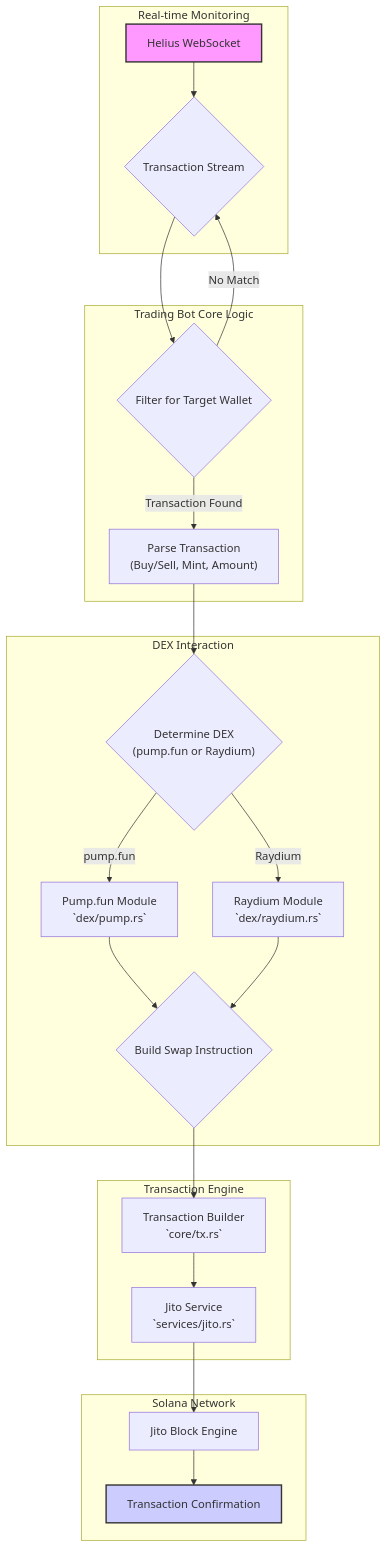
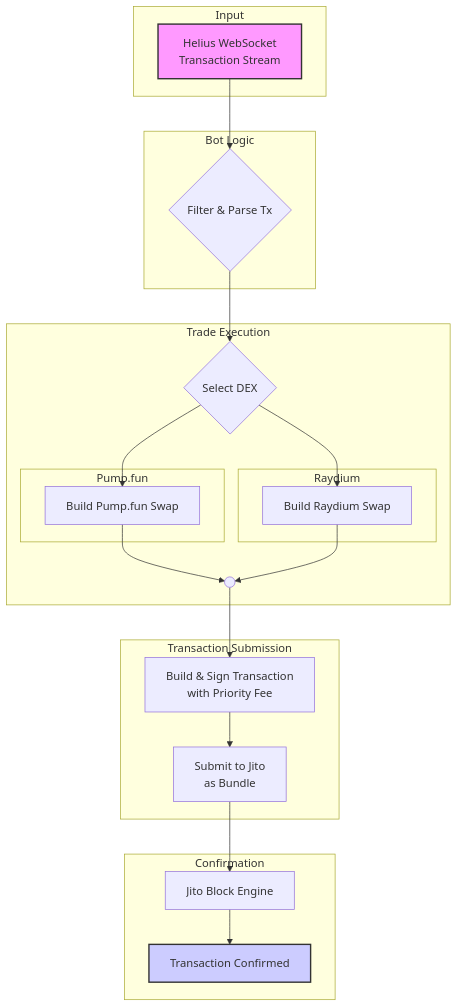
Before and after one commit to koheiDev316/Solana-Copy-Trading-Bot-On-DEX-Pumpfun-and-Raydium: the diagram in README.md, drawn with Mermaid.

Commit message:
update workflow

````diff
--- a/README.md
+++ b/README.md
@@ -32,33 +32,47 @@
 ```mermaid
 graph TD
-    subgraph "Real-time Monitoring"
-        helius_ws["Helius WebSocket"] --> tx_stream{"Transaction Stream"};
+    subgraph "Input"
+        helius_ws["Helius WebSocket<br>Transaction Stream"]
     end
 
-    subgraph "Trading Bot Core Logic"
-        tx_stream --> filter_wallet{"Filter for Target Wallet"};
-        filter_wallet -- "Transaction Found" --> parse_tx["Parse Transaction<br>(Buy/Sell, Mint, Amount)"];
-        filter_wallet -- "No Match" --> tx_stream;
+    subgraph "Bot Logic"
+        filter_wallet{"Filter & Parse Tx"}
+        helius_ws --> filter_wallet
     end
 
-    subgraph "DEX Interaction"
-        parse_tx --> determine_dex{"Determine DEX<br>(pump.fun or Raydium)"};
-        determine_dex -- "pump.fun" --> pump_module["Pump.fun Module<br>`dex/pump.rs`"];
-        determine_dex -- "Raydium" --> raydium_module["Raydium Module<br>`dex/raydium.rs`"];
-        pump_module --> build_instruction{"Build Swap Instruction"};
-        raydium_module --> build_instruction;
+    subgraph "Trade Execution"
+        determine_dex{"Select DEX"}
+        filter_wallet --> determine_dex
+
+        subgraph "Pump.fun"
+            pump_module["Build Pump.fun Swap"]
+        end
+        subgraph "Raydium"
+            raydium_module["Build Raydium Swap"]
+        end
+
+        determine_dex --> pump_module
+        determine_dex --> raydium_module
+
+        join_point(( ))
+        pump_module --> join_point
+        raydium_module --> join_point
     end
 
-    subgraph "Transaction Engine"
-        build_instruction --> tx_builder["Transaction Builder<br>`core/tx.rs`"];
-        tx_builder --> jito_service["Jito Service<br>`services/jito.rs`"];
+    subgraph "Transaction Submission"
+        tx_builder["Build & Sign Transaction<br>with Priority Fee"]
+        join_point --> tx_builder
+        jito_service["Submit to Jito<br>as Bundle"]
+        tx_builder --> jito_service
     end
 
-    subgraph "Solana Network"
-        jito_service --> jito_engine["Jito Block Engine"];
-        jito_engine --> tx_confirmation["Transaction Confirmation"];
+    subgraph "Confirmation"
+        jito_engine["Jito Block Engine"]
+        jito_service --> jito_engine
+        tx_confirmation["Transaction Confirmed"]
+        jito_engine --> tx_confirmation
     end
 
     style helius_ws fill:#f9f,stroke:#333,stroke-width:2px
     style tx_confirmation fill:#ccf,stroke:#333,stroke-width:2px
 ```
````
